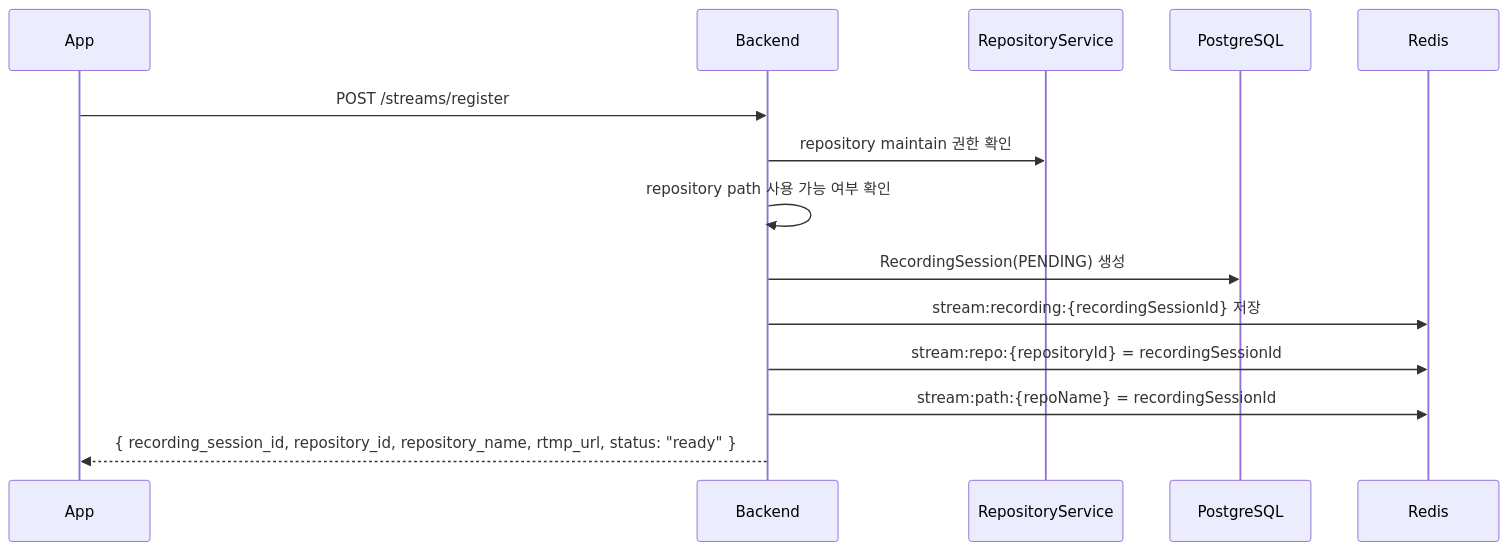
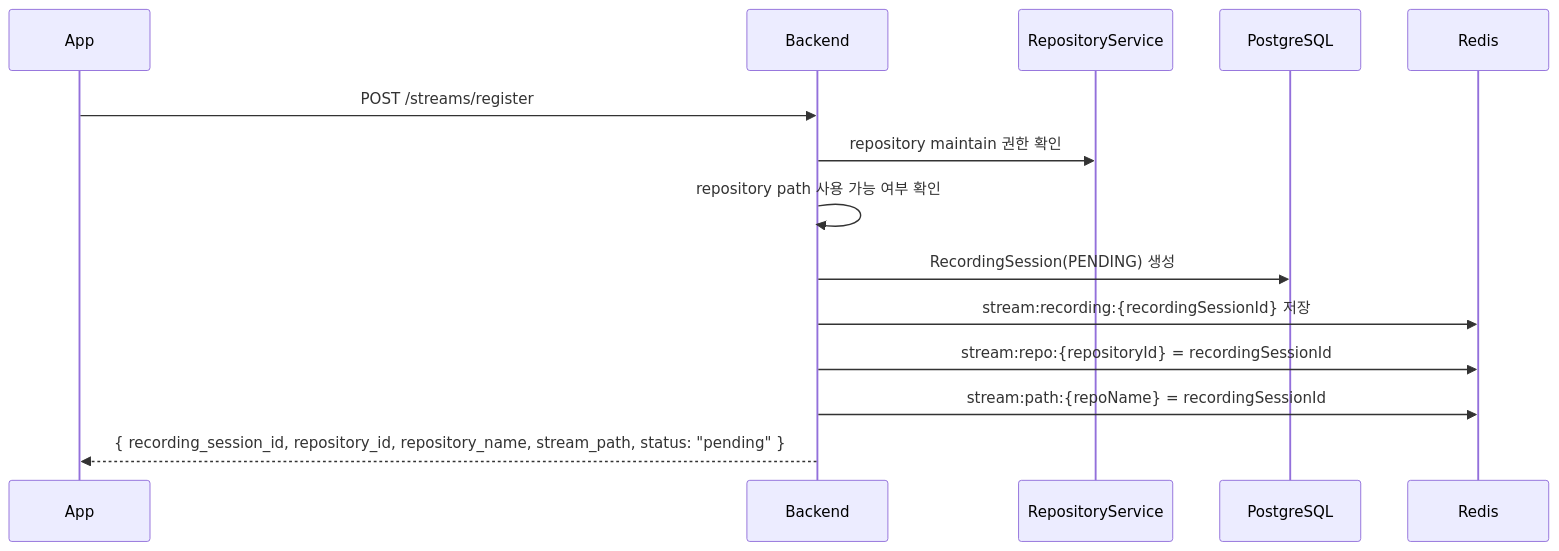
Before and after one commit to ego-flow/ego-flow-server: the second of 6 diagrams in docs/09. project_streaming.md, drawn with Mermaid. The commit also changed other lines of this file and 30 other files, not shown here.

````diff
--- a/docs/09. project_streaming.md
+++ b/docs/09. project_streaming.md
@@ -56,17 +56,17 @@
 ```mermaid
 sequenceDiagram
     participant App
     participant BE as Backend
     participant Repo as RepositoryService
     participant DB as PostgreSQL
     participant Redis
 
     App->>BE: POST /streams/register
     BE->>Repo: repository maintain 권한 확인
     BE->>BE: repository path 사용 가능 여부 확인
     BE->>DB: RecordingSession(PENDING) 생성
     BE->>Redis: stream:recording:{recordingSessionId} 저장
     BE->>Redis: stream:repo:{repositoryId} = recordingSessionId
     BE->>Redis: stream:path:{repoName} = recordingSessionId
-    BE-->>App: { recording_session_id, repository_id, repository_name, rtmp_url, status: "ready" }
+    BE-->>App: { recording_session_id, repository_id, repository_name, stream_path, status: "pending" }
 ```
````
